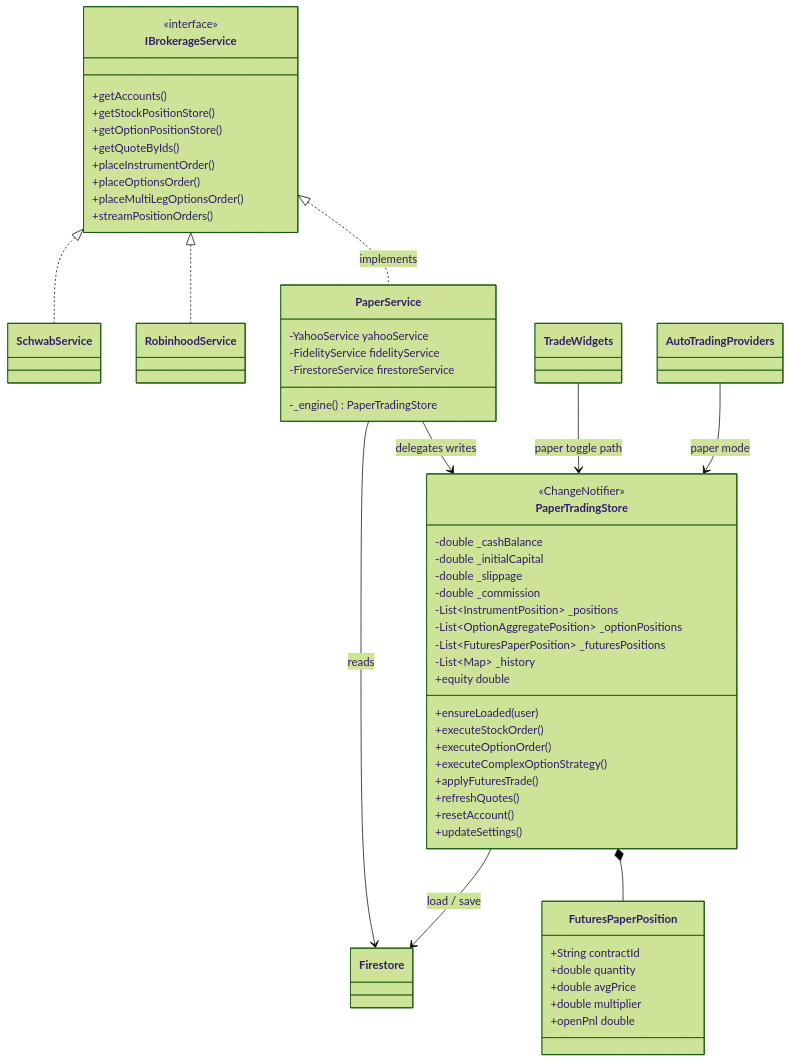
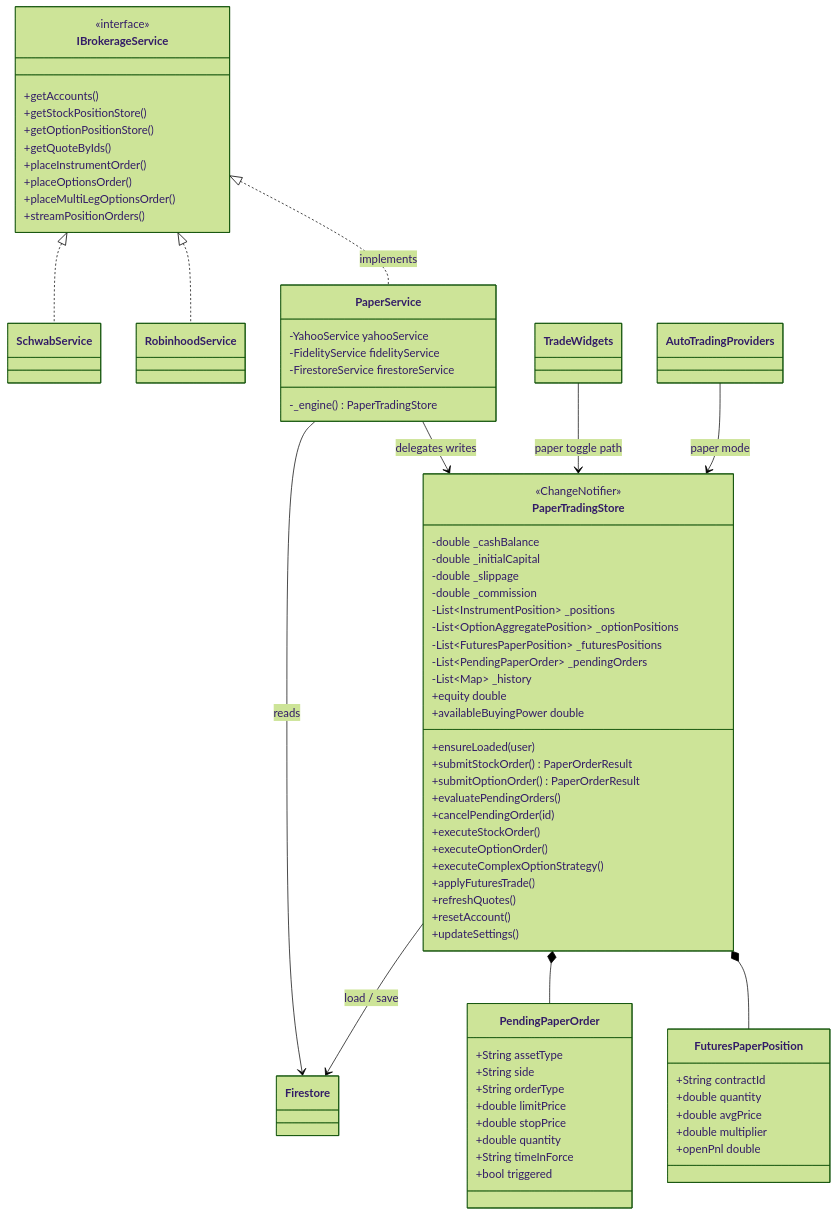
The second of 9 diagrams in docs/paper-trading-architecture.md (CIInc/robinhood-options-mobile), drawn with Mermaid (forest theme) before and after one commit. The commit also changed other lines of this file and 8 other files, not shown here.

First line of the commit message:
feat: Add resting-order engine to paper trading (limit/stop/stop-limit)

````diff
--- a/docs/paper-trading-architecture.md
+++ b/docs/paper-trading-architecture.md
@@ -84,57 +84,74 @@
 ```mermaid
 classDiagram
     class IBrokerageService {
         <<interface>>
         +getAccounts()
         +getStockPositionStore()
         +getOptionPositionStore()
         +getQuoteByIds()
         +placeInstrumentOrder()
         +placeOptionsOrder()
         +placeMultiLegOptionsOrder()
         +streamPositionOrders()
     }
     class PaperService {
         -YahooService yahooService
         -FidelityService fidelityService
         -FirestoreService firestoreService
         -_engine() PaperTradingStore
     }
     class PaperTradingStore {
         <<ChangeNotifier>>
         -double _cashBalance
         -double _initialCapital
         -double _slippage
         -double _commission
         -List~InstrumentPosition~ _positions
         -List~OptionAggregatePosition~ _optionPositions
         -List~FuturesPaperPosition~ _futuresPositions
+        -List~PendingPaperOrder~ _pendingOrders
         -List~Map~ _history
         +ensureLoaded(user)
+        +submitStockOrder() PaperOrderResult
+        +submitOptionOrder() PaperOrderResult
+        +evaluatePendingOrders()
+        +cancelPendingOrder(id)
         +executeStockOrder()
         +executeOptionOrder()
         +executeComplexOptionStrategy()
         +applyFuturesTrade()
         +refreshQuotes()
         +resetAccount()
         +updateSettings()
         +equity double
+        +availableBuyingPower double
+    }
+    class PendingPaperOrder {
+        +String assetType
+        +String side
+        +String orderType
+        +double limitPrice
+        +double stopPrice
+        +double quantity
+        +String timeInForce
+        +bool triggered
     }
     class FuturesPaperPosition {
         +String contractId
         +double quantity
         +double avgPrice
         +double multiplier
         +openPnl double
     }
 
     IBrokerageService <|.. PaperService : implements
     IBrokerageService <|.. RobinhoodService
     IBrokerageService <|.. SchwabService
     PaperService --> PaperTradingStore : delegates writes
     PaperTradingStore *-- FuturesPaperPosition
+    PaperTradingStore *-- PendingPaperOrder
     PaperTradingStore --> Firestore : load / save
     PaperService --> Firestore : reads
     TradeWidgets --> PaperTradingStore : paper toggle path
     AutoTradingProviders --> PaperTradingStore : paper mode
 ```
````
